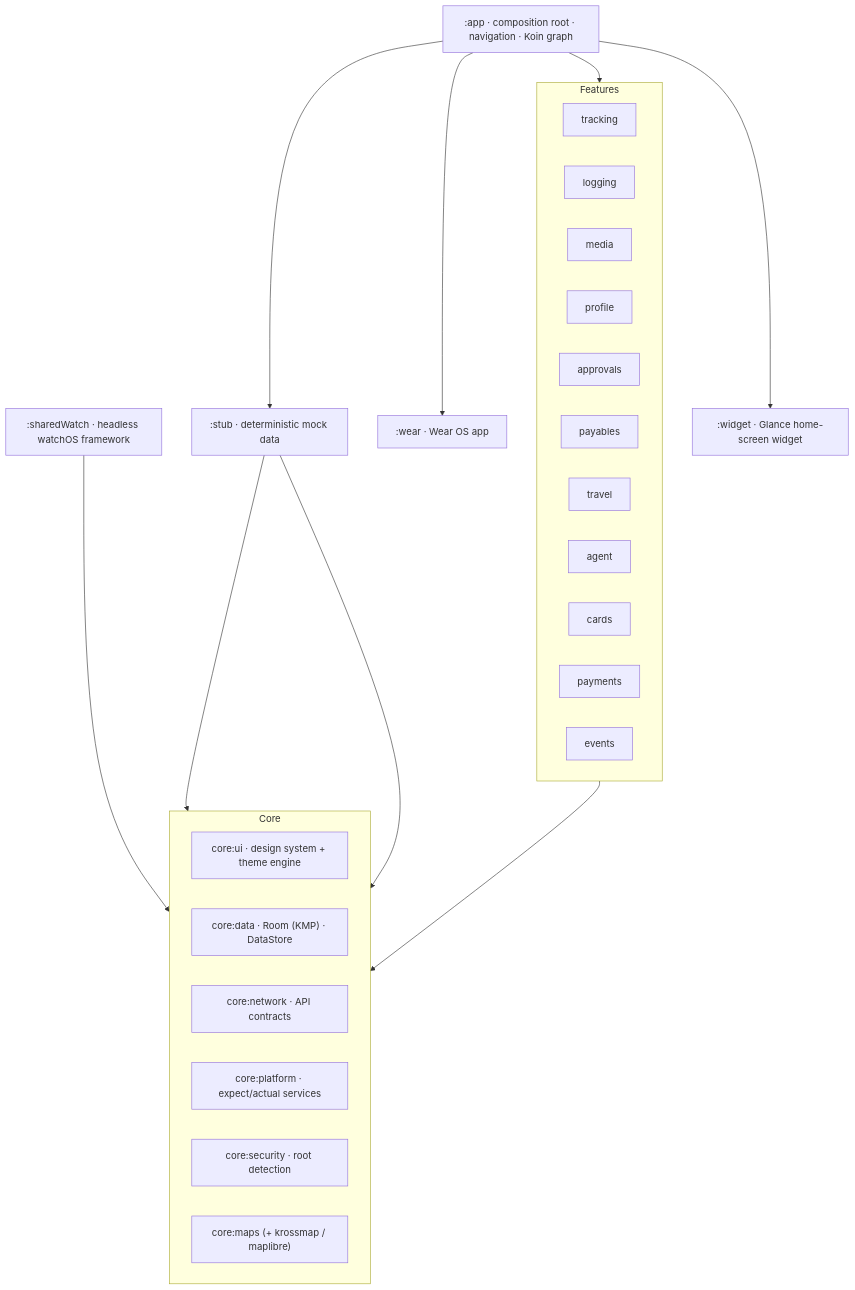
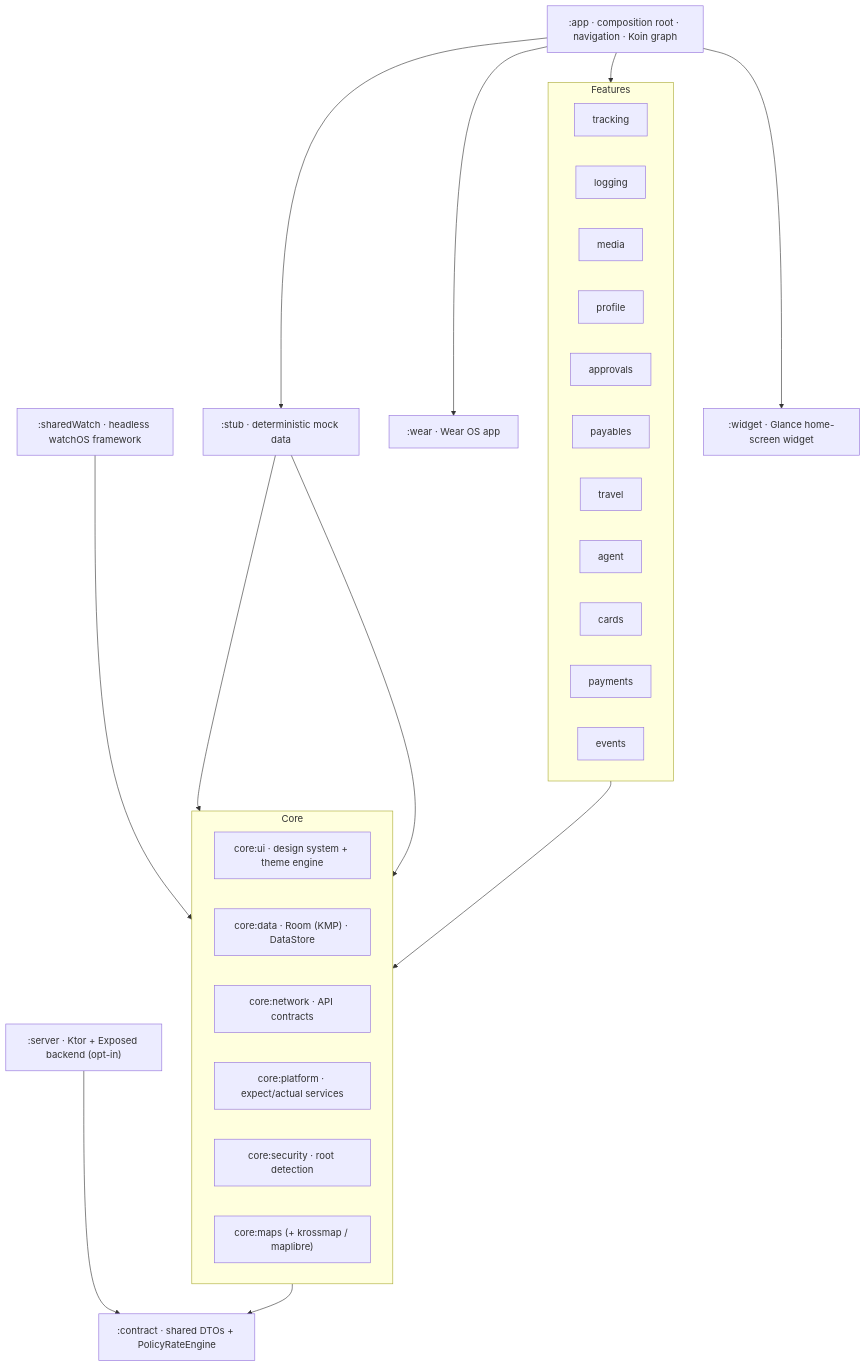
Before and after one commit to darkpandawarrior/Mileway: the diagram in README.md, drawn with Mermaid. The commit also changed other lines of this file, not shown here.

Commit message:
docs(readme): reflect V33 — Kotlin/Ktor backend, sync, 33 modules, honest iOS status

````diff
--- a/README.md
+++ b/README.md
@@ -245,35 +256,39 @@
 ```mermaid
 graph TD
     APP[":app · composition root · navigation · Koin graph"]
 
     subgraph Features
       direction LR
       FT["tracking"]; FL["logging"]; FM["media"]; FP["profile"]
       FA["approvals"]; FPA["payables"]; FTR["travel"]; FAG["agent"]
       FC["cards"]; FPM["payments"]; FE["events"]
     end
 
     subgraph Core
       direction LR
       UI["core:ui · design system + theme engine"]
       DATA["core:data · Room (KMP) · DataStore"]
       NET["core:network · API contracts"]
       PLAT["core:platform · expect/actual services"]
       SEC["core:security · root detection"]
       MAPS["core:maps (+ krossmap / maplibre)"]
     end
 
     STUB[":stub · deterministic mock data"]
     WEAR[":wear · Wear OS app"]
     SWATCH[":sharedWatch · headless watchOS framework"]
     WIDGET[":widget · Glance home-screen widget"]
+    CONTRACT[":contract · shared DTOs + PolicyRateEngine"]
+    SERVER[":server · Ktor + Exposed backend (opt-in)"]
 
     APP --> Features
     APP --> STUB
     APP --> WEAR
     APP --> WIDGET
     SWATCH --> DATA
     Features --> Core
     STUB --> DATA
     STUB --> NET
+    NET --> CONTRACT
+    SERVER --> CONTRACT
 ```
````
